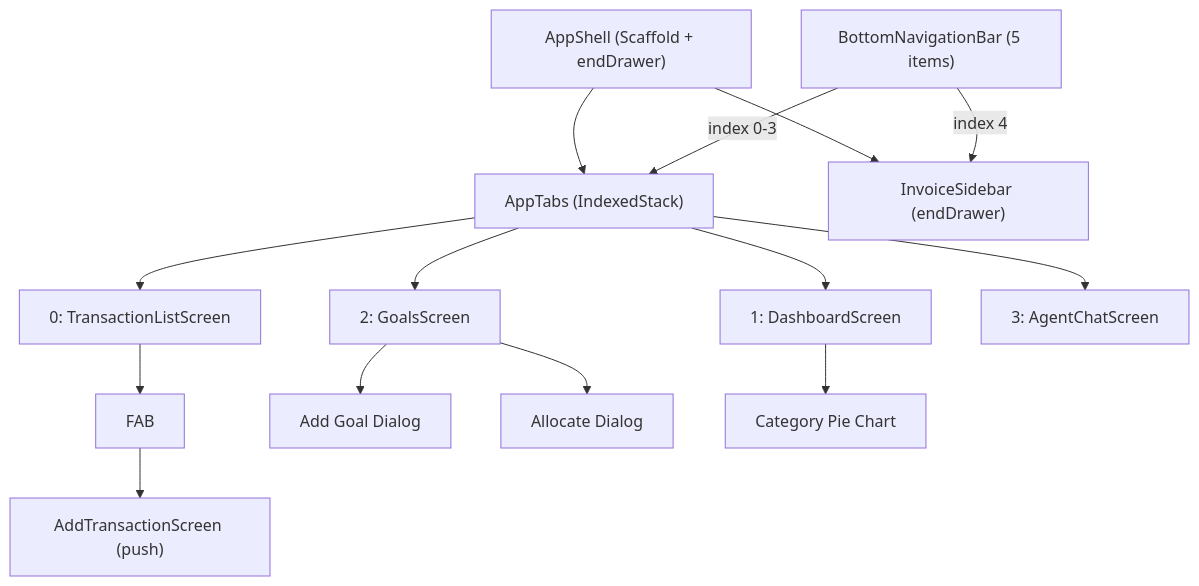
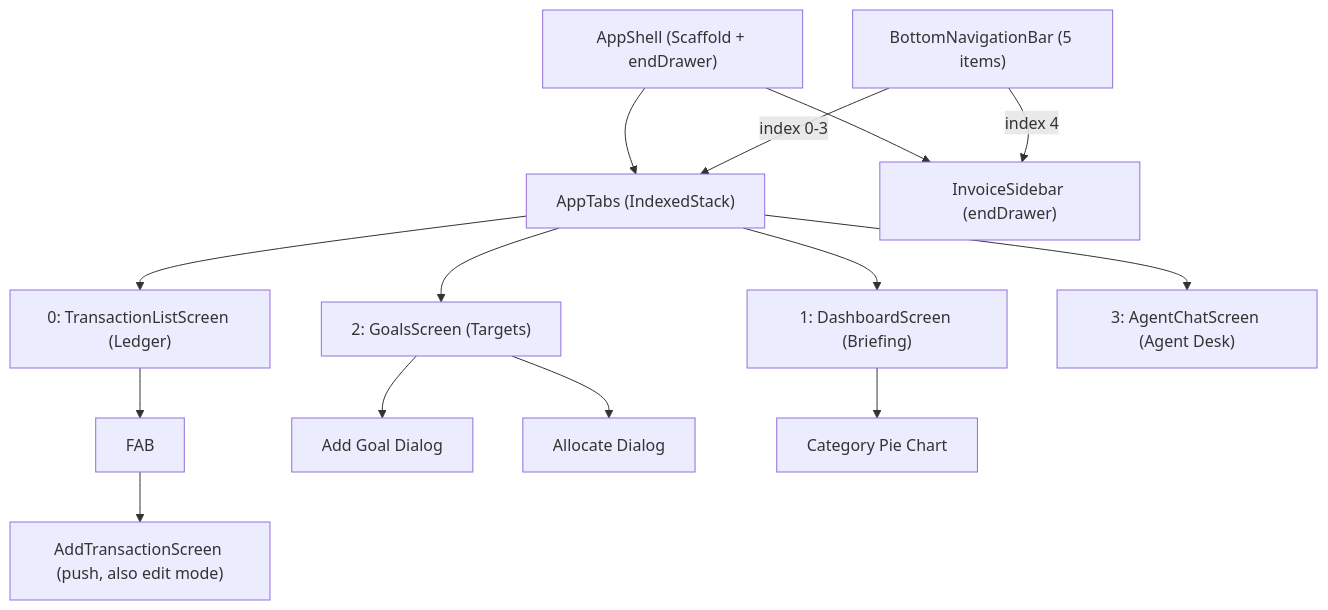
One commit to maybemnv/Financial-Tracker changed the second of 5 diagrams in docs/ARCHITECTURE.md. Above: the diagram before and after it, drawn with Mermaid. The commit also changed other lines of this file and 8 other files, not shown here.

````diff
--- a/docs/ARCHITECTURE.md
+++ b/docs/ARCHITECTURE.md
@@ -42,18 +45,18 @@
 ```mermaid
 graph TD
     AppShell["AppShell (Scaffold + endDrawer)"] --> AppTabs["AppTabs (IndexedStack)"]
     AppShell --> InvoiceSidebar["InvoiceSidebar (endDrawer)"]
 
-    AppTabs --> Tab0["0: TransactionListScreen"]
-    AppTabs --> Tab1["1: DashboardScreen"]
-    AppTabs --> Tab2["2: GoalsScreen"]
-    AppTabs --> Tab3["3: AgentChatScreen"]
+    AppTabs --> Tab0["0: TransactionListScreen (Ledger)"]
+    AppTabs --> Tab1["1: DashboardScreen (Briefing)"]
+    AppTabs --> Tab2["2: GoalsScreen (Targets)"]
+    AppTabs --> Tab3["3: AgentChatScreen (Agent Desk)"]
 
-    Tab0 --> FAB["FAB"] --> AddTx["AddTransactionScreen (push)"]
+    Tab0 --> FAB["FAB"] --> AddTx["AddTransactionScreen (push, also edit mode)"]
     Tab2 --> AddGoal["Add Goal Dialog"]
     Tab2 --> Allocate["Allocate Dialog"]
     Tab1 --> PieChart["Category Pie Chart"]
 
     BottomNav["BottomNavigationBar (5 items)"] -->|index 0-3| AppTabs
     BottomNav -->|index 4| InvoiceSidebar
 ```
````
